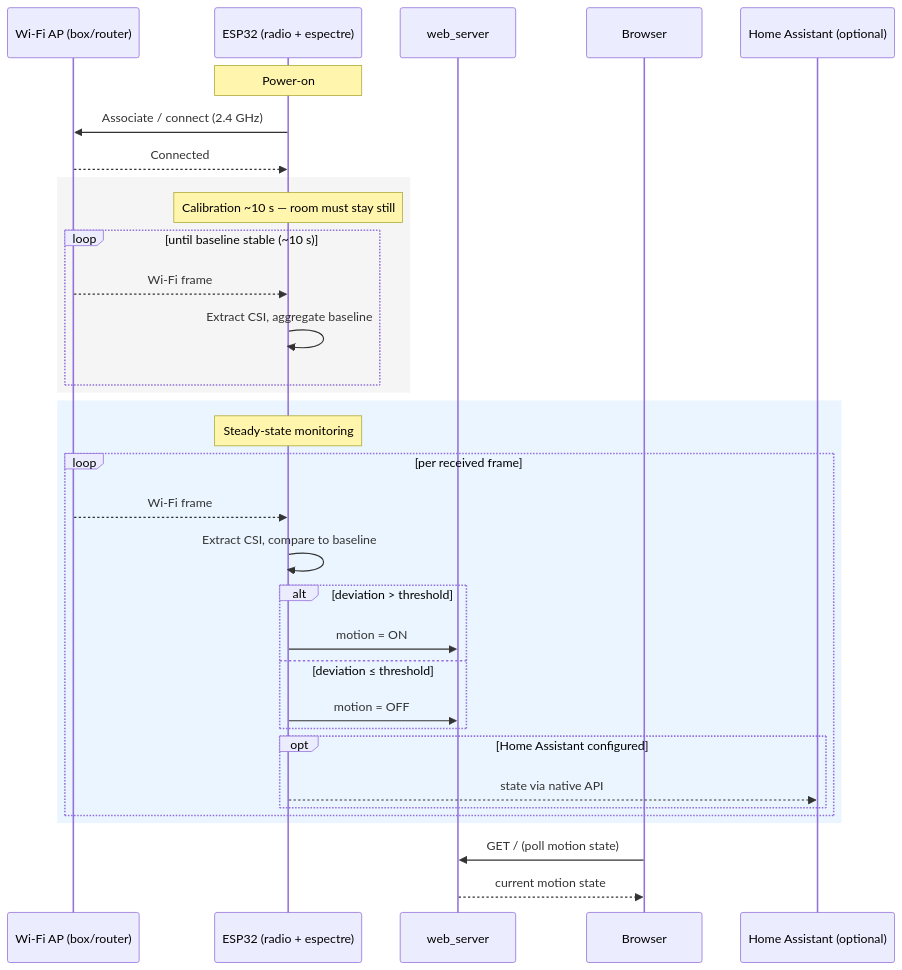
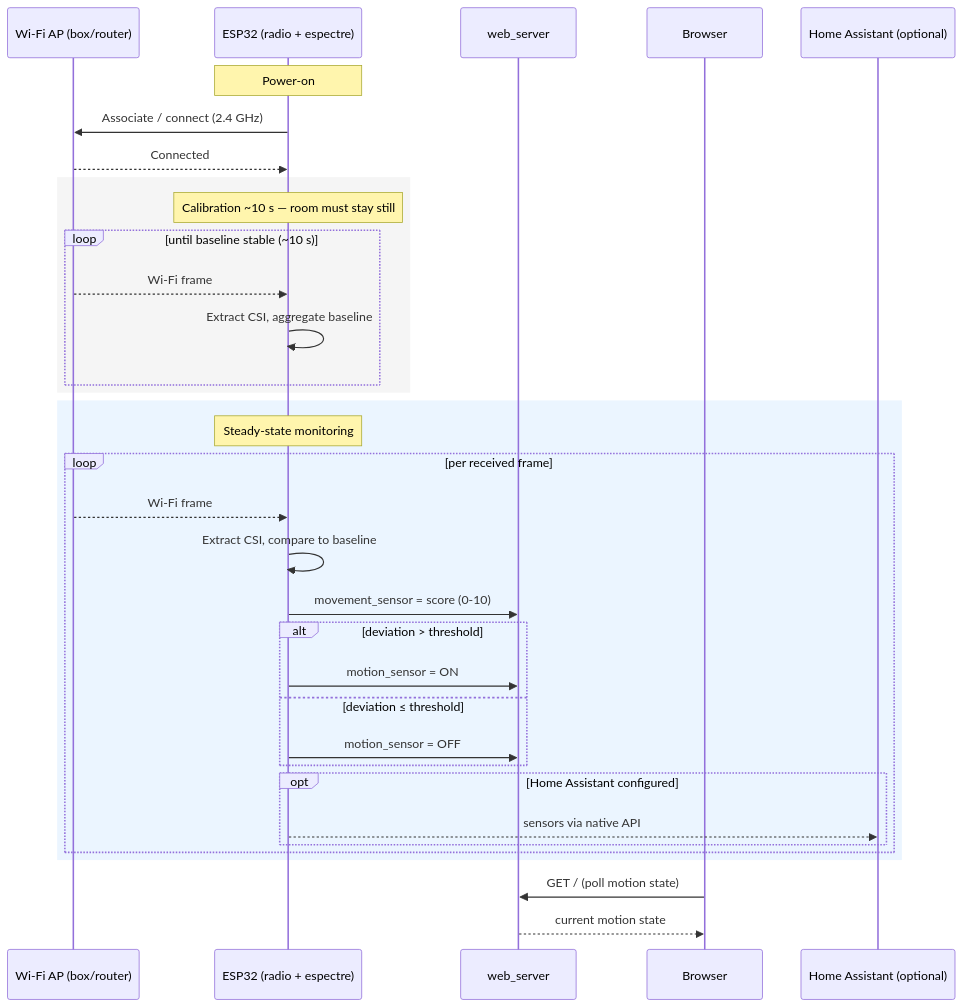
One commit to benoit-bremaud/espectre-lab changed the diagram in docs/architecture/diagrams/wifi-sensing/02-sequence-detection.md. Above: the diagram before and after it, drawn with Mermaid. The commit also changed other lines of this file and 7 other files, not shown here.

First line of the commit message:
docs(uml): document the movement_sensor 0-10 score (closes #2)

````diff
--- a/docs/architecture/diagrams/wifi-sensing/02-sequence-detection.md
+++ b/docs/architecture/diagrams/wifi-sensing/02-sequence-detection.md
@@ -9,39 +9,40 @@
 ```mermaid
 sequenceDiagram
     participant AP as Wi-Fi AP (box/router)
     participant ESP as ESP32 (radio + espectre)
     participant WS as web_server
     participant BR as Browser
     participant HA as Home Assistant (optional)
 
     Note over ESP: Power-on
     ESP->>AP: Associate / connect (2.4 GHz)
     AP-->>ESP: Connected
 
     rect rgb(245,245,245)
     Note over ESP: Calibration ~10 s — room must stay still
     loop until baseline stable (~10 s)
         AP-->>ESP: Wi-Fi frame
         ESP->>ESP: Extract CSI, aggregate baseline
     end
     end
 
     rect rgb(235,245,255)
     Note over ESP: Steady-state monitoring
     loop per received frame
         AP-->>ESP: Wi-Fi frame
         ESP->>ESP: Extract CSI, compare to baseline
+        ESP->>WS: movement_sensor = score (0-10)
         alt deviation > threshold
-            ESP->>WS: motion = ON
+            ESP->>WS: motion_sensor = ON
         else deviation ≤ threshold
-            ESP->>WS: motion = OFF
+            ESP->>WS: motion_sensor = OFF
         end
         opt Home Assistant configured
-            ESP-->>HA: state via native API
+            ESP-->>HA: sensors via native API
         end
     end
     end
 
     BR->>WS: GET / (poll motion state)
     WS-->>BR: current motion state
 ```
````
